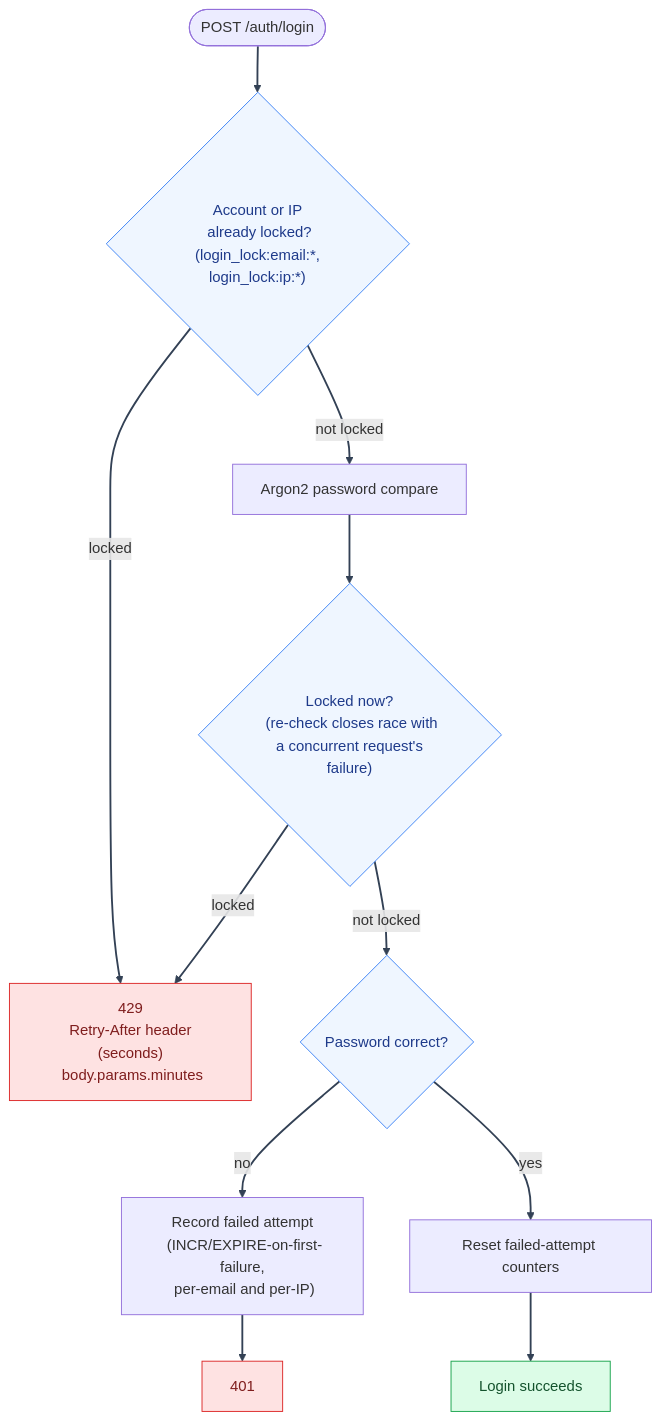
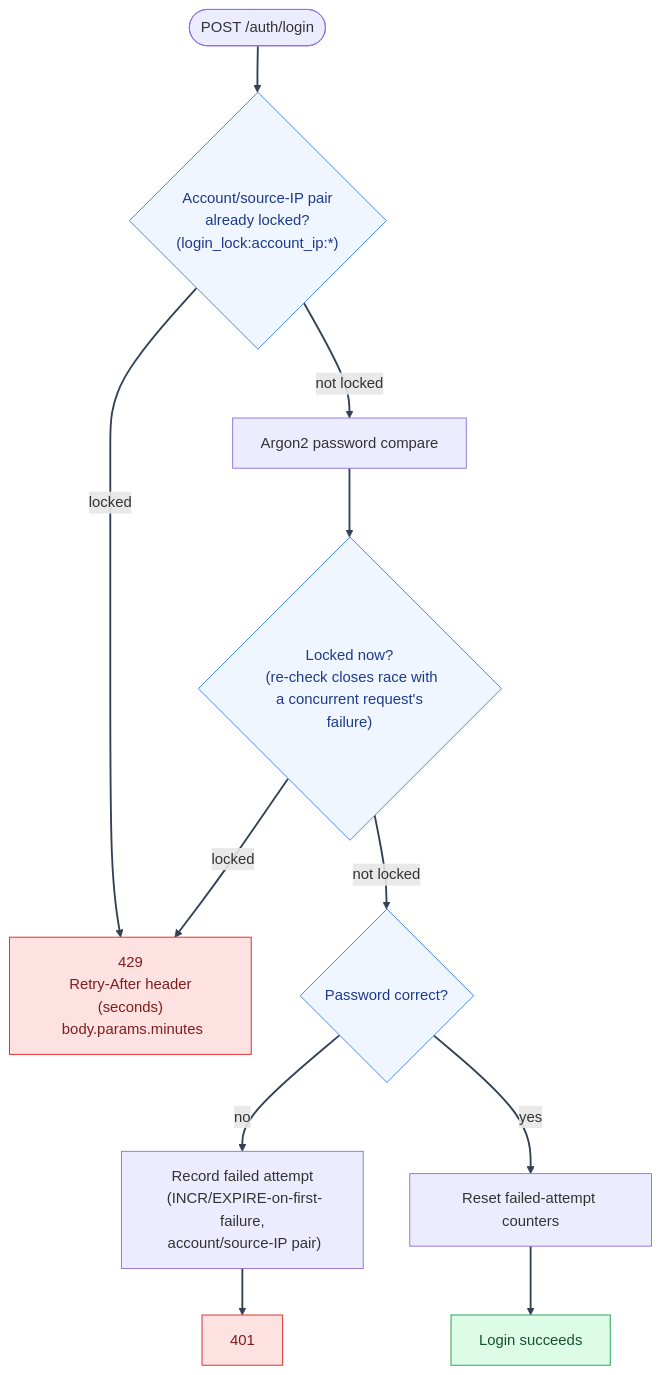
One commit to Nachiket-2024/mystic-auth changed the second of 2 diagrams in docs/mystic_auth/security/hardening-abuse-prevention.md. Above: the diagram before and after it, drawn with Mermaid. The commit also changed other lines of this file and 497 other files, not shown here.

````diff
--- a/docs/mystic_auth/security/hardening-abuse-prevention.md
+++ b/docs/mystic_auth/security/hardening-abuse-prevention.md
@@ -80,21 +79,21 @@
 ```mermaid
 %%{init: {"themeVariables": {"lineColor": "#334155"}} }%%
 flowchart TD
-    Start(["POST /auth/login"]) --> Pre{"Account or IP\n already locked?\n (login_lock:email:*, login_lock:ip:*)"}
+    Start(["POST /auth/login"]) --> Pre{"Account/source-IP pair\n already locked?\n (login_lock:account_ip:*)"}
     Pre -- "locked" --> L429["429\n Retry-After header (seconds)\n body.params.minutes"]
     Pre -- "not locked" --> Hash["Argon2 password compare"]
     Hash --> Post{"Locked now?\n (re-check closes race with\n a concurrent request's failure)"}
     Post -- "locked" --> L429
     Post -- "not locked" --> Result{"Password correct?"}
-    Result -- "no" --> Record["Record failed attempt\n (INCR/EXPIRE-on-first-failure,\n per-email and per-IP)"]
+    Result -- "no" --> Record["Record failed attempt\n (INCR/EXPIRE-on-first-failure,\n account/source-IP pair)"]
     Record --> Fail["401"]
     Result -- "yes" --> Reset["Reset failed-attempt counters"]
     Reset --> Success["Login succeeds"]
     classDef success fill:#dcfce7,stroke:#16a34a,color:#14532d
     classDef blocked fill:#fee2e2,stroke:#dc2626,color:#7f1d1d
     classDef decision fill:#eff6ff,stroke:#3b82f6,color:#1e3a8a
     class Success success
     class L429,Fail blocked
     class Pre,Post,Result decision
     linkStyle default stroke:#334155,stroke-width:2px
 ```
````
